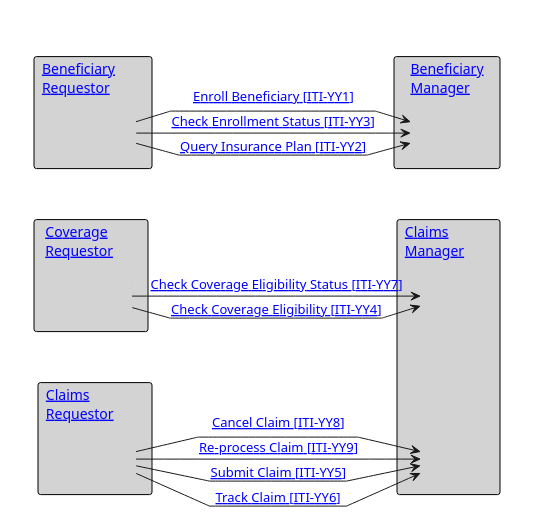
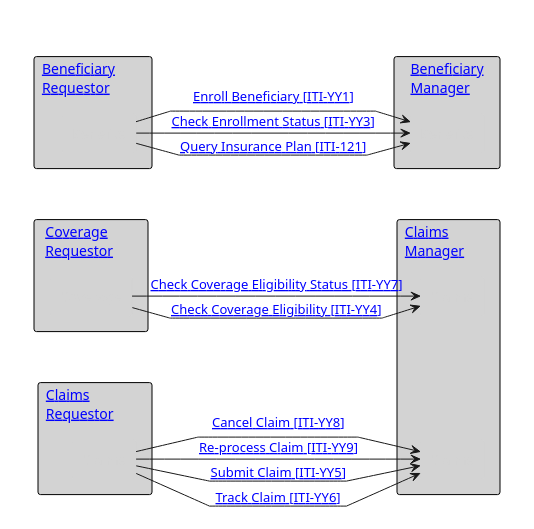
The diagram in input/images-source/ActorsAndTransactions.plantuml (IHE/ITI.Finance), drawn with PlantUML before and after one commit. The commit also changed 14 other files, not shown here.

```diff
--- a/input/images-source/ActorsAndTransactions.plantuml
+++ b/input/images-source/ActorsAndTransactions.plantuml
@@ -1,59 +1,59 @@
 @startuml
 skinparam package {
   BorderColor transparent
   BackgroundColor transparent
   Shadowing false
 }
 skinparam rectangle {
   BorderColor black
   BackgroundColor lightgrey
   Shadowing false
   FontStyle normal
 }
 skinparam agent {
   BorderColor lightgrey
   BackgroundColor lightgrey
   FontColor lightgrey
   Shadowing false
 }
 
 hide footbox
 'skinparam svgDimensionStyle false
 skinparam linetype polyline
 package "  "  {
   rectangle "[[#beneficiary-requestor Beneficiary        \nRequestor]]" as br {
     agent "Benefits" as BenReq
   }
   rectangle "[[#coverage-requestor Coverage        \nRequestor]]" as cr {
     agent "Coverage" as CovReq
   }
   rectangle "[[#claims-requestor Claims               \nRequestor]]" as cl {
     agent "Claims" as ClaimReq
   }
 }
 
 package " "  {
   rectangle "[[#beneficiary-manager Beneficiary\nManager]]" as Ben {
     agent "Benefits" as BenMan
   }
   rectangle "[[#claims-manager Claims            \nManager]]" as ClaimMan {
     agent "Claims" as ClaimMan1
     agent "Claims" as ClaimMan2
   }
 }
-BenReq -> BenMan : "[[ITI-YY2.html Query Insurance Plan &#91;ITI-YY2&#93;]]"
+BenReq -> BenMan : "[[ITI-121.html Query Insurance Plan &#91;ITI-121&#93;]]"
 BenReq -> BenMan : "[[ITI-YY1.html Enroll Beneficiary &#91;ITI-YY1&#93;]]"
 BenReq -> BenMan : "[[ITI-YY3.html Check Enrollment Status &#91;ITI-YY3&#93;]]"
 BenReq -[hidden]-> CovReq: ""
 CovReq -[hidden]-> ClaimReq: ""
 BenMan -[hidden]-> ClaimMan1: ""
 ClaimMan1 -[hidden]-> ClaimMan2: ""
 CovReq -> ClaimMan1 : "[[ITI-YY4.html Check Coverage Eligibility &#91;ITI-YY4&#93;]]"
 CovReq -> ClaimMan1 : "[[ITI-YY7.html Check Coverage Eligibility Status &#91;ITI-YY7&#93;]]"
 ClaimReq -> ClaimMan2 : "[[ITI-YY5.html Submit Claim &#91;ITI-YY5&#93;]]"
 ClaimReq -> ClaimMan2 : "[[ITI-YY8.html Cancel Claim &#91;ITI-YY8&#93;]]"
 ClaimReq -> ClaimMan2 : "[[ITI-YY9.html Re-process Claim &#91;ITI-YY9&#93;]]"
 ClaimReq -> ClaimMan2 : "[[ITI-YY6.html Track Claim &#91;ITI-YY6&#93;]]"
 
 
 @endum
```
